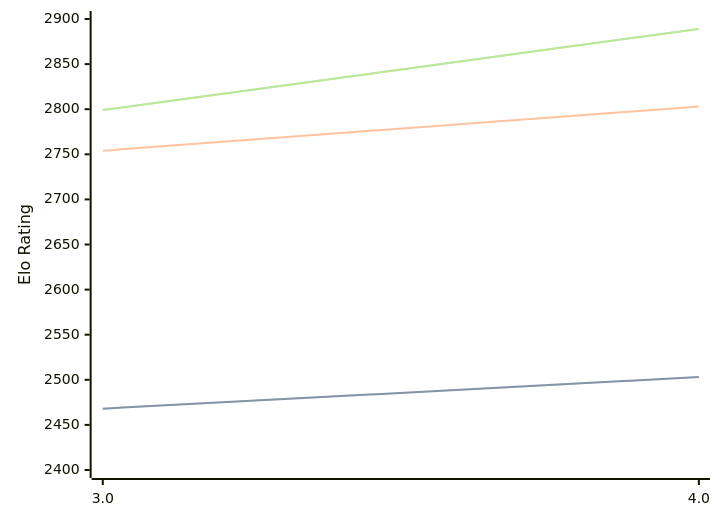
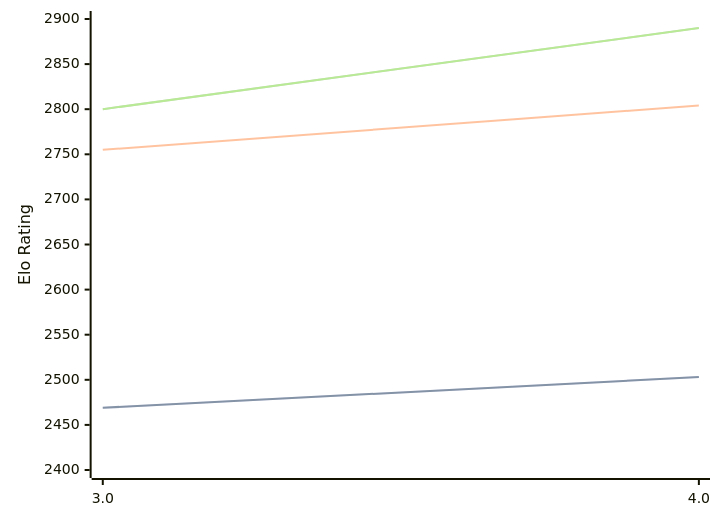
Before and after one commit to computer-chess-index/cci: the diagram in engines/Chess3.md, drawn with Mermaid. The commit also changed other lines of this file, not shown here.

Commit message:
Update CCI Ratings (ELO VLTC) - 2026-09-01

````diff
--- a/engines/Chess3.md
+++ b/engines/Chess3.md
@@ -32,11 +32,11 @@
 ```mermaid
 %%{init: {"theme":"base","themeVariables":{"seriesColors:['#a3a3a3','#222221','#faa371']}}}%%
 xychart-beta
   x-axis ["3.0", "4.0"]
   y-axis "Elo Rating" 2400 --> 2900
-  line "" [2468, 2503]
-  line "STC (8.0+0.08s)" [2468, 2503]
-  line "LTC (60.0+0.60s)" [2754, 2803]
-  line "" [2799, 2889]
-  line "VLTC (2m24s+1.12s)" [2799, 2889]
+  line "" [2469, 2503]
+  line "STC (8.0+0.08s)" [2469, 2503]
+  line "LTC (60.0+0.60s)" [2755, 2804]
+  line "" [2800, 2890]
+  line "VLTC (2m24s+1.12s)" [2800, 2890]
 ```
````
